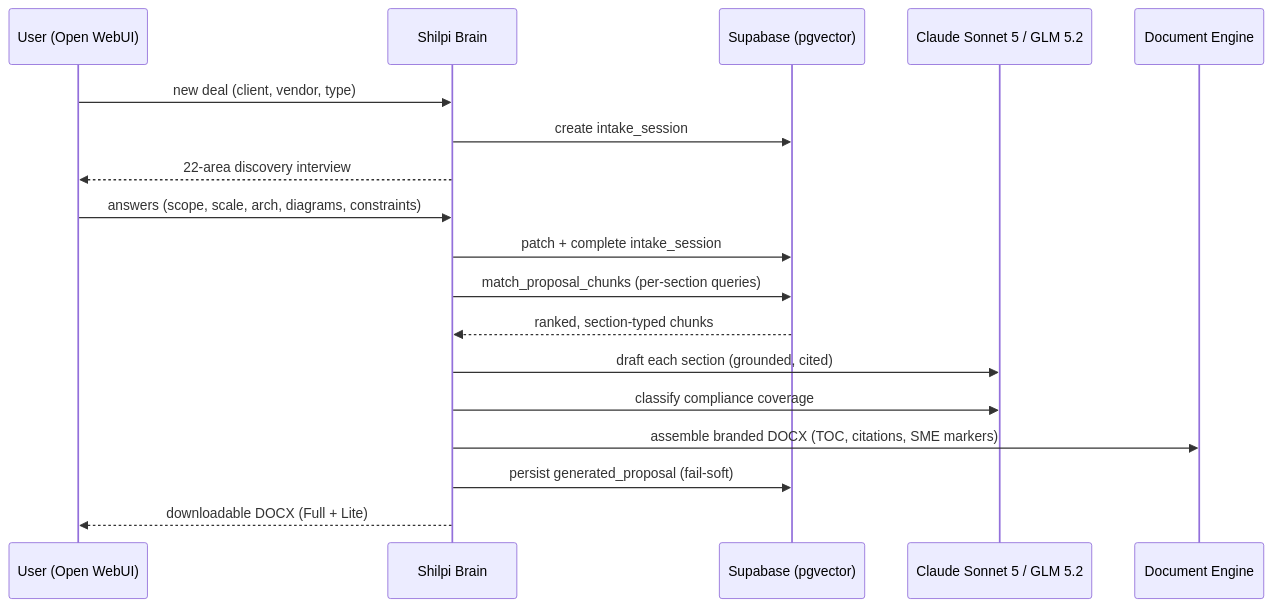
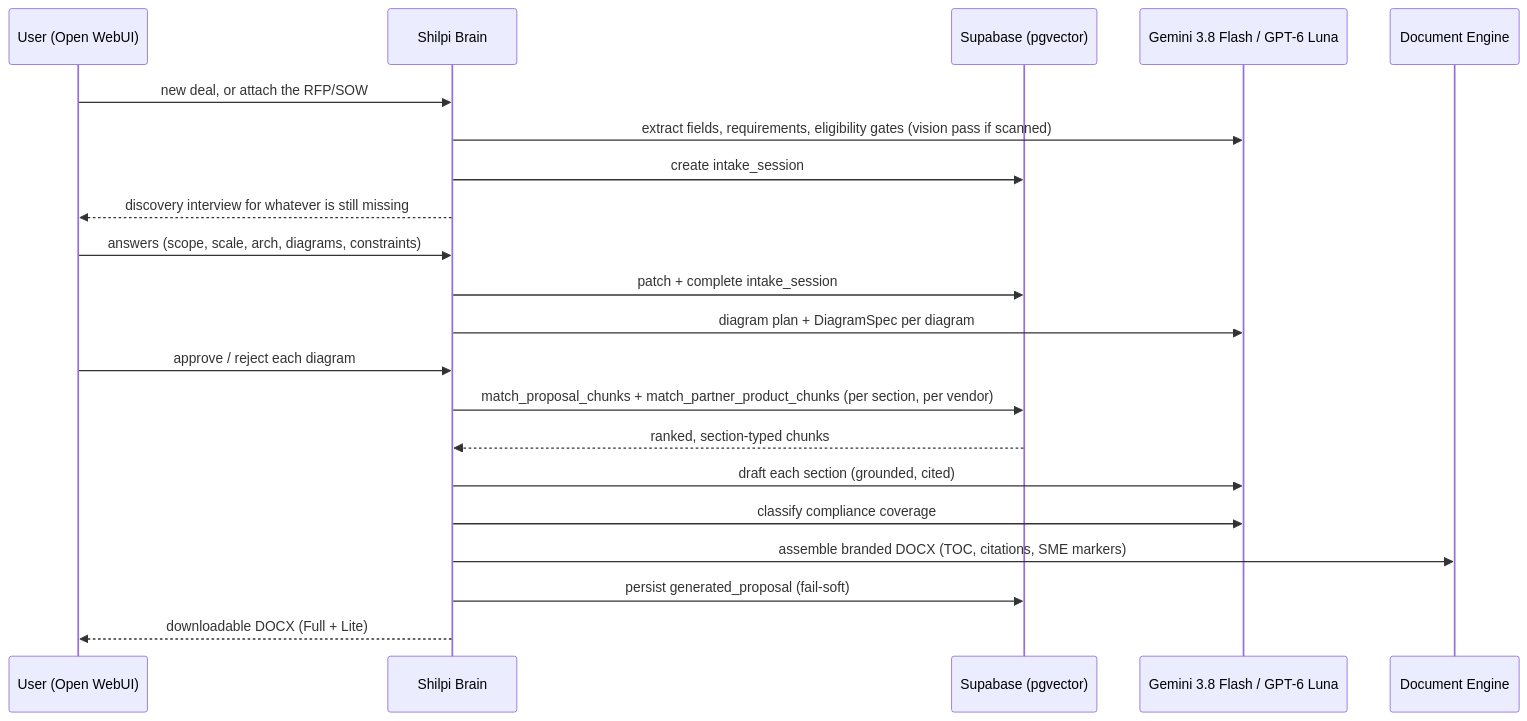
Before and after one commit to imranshaikh-commits/iv-sarvam: the second of 5 diagrams in README.md, drawn with Mermaid. The commit also changed other lines of this file, not shown here.

````diff
--- a/README.md
+++ b/README.md
@@ -562,21 +225,24 @@
 ```mermaid
 sequenceDiagram
     participant U as User (Open WebUI)
     participant B as Shilpi Brain
     participant S as Supabase (pgvector)
-    participant L as Claude Sonnet 5 / GLM 5.2
+    participant L as Gemini 3.8 Flash / GPT-6 Luna
     participant D as Document Engine
 
-    U->>B: new deal (client, vendor, type)
+    U->>B: new deal, or attach the RFP/SOW
+    B->>L: extract fields, requirements, eligibility gates (vision pass if scanned)
     B->>S: create intake_session
-    B-->>U: 22-area discovery interview
+    B-->>U: discovery interview for whatever is still missing
     U->>B: answers (scope, scale, arch, diagrams, constraints)
     B->>S: patch + complete intake_session
-    B->>S: match_proposal_chunks (per-section queries)
+    B->>L: diagram plan + DiagramSpec per diagram
+    U->>B: approve / reject each diagram
+    B->>S: match_proposal_chunks + match_partner_product_chunks (per section, per vendor)
     S-->>B: ranked, section-typed chunks
     B->>L: draft each section (grounded, cited)
     B->>L: classify compliance coverage
     B->>D: assemble branded DOCX (TOC, citations, SME markers)
     B->>S: persist generated_proposal (fail-soft)
     B-->>U: downloadable DOCX (Full + Lite)
 ```
````
